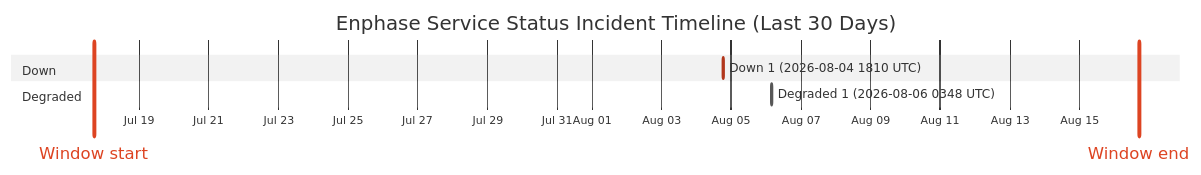
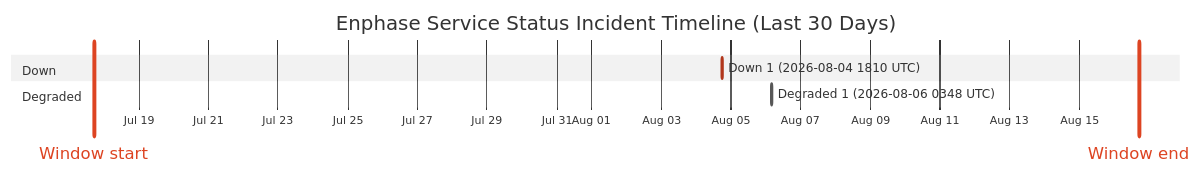
One commit to barneyonline/ha-enphase-energy changed the diagram in wiki/Service-Status-History.md. Above: the diagram before and after it, drawn with Mermaid (neutral theme). The commit also changed other lines of this file and 3 other files, not shown here.

````diff
--- a/wiki/Service-Status-History.md
+++ b/wiki/Service-Status-History.md
@@ -14,12 +14,12 @@
 ```mermaid
 gantt
     title Enphase Service Status Incident Timeline (Last 30 Days)
     dateFormat  YYYY-MM-DDTHH:mm:ss
     axisFormat  %b %d
-    Window start :vert, window-start, 2026-07-17T16:49:49, 0ms
-    Window end :vert, window-end, 2026-08-16T16:49:49, 0ms
+    Window start :vert, window-start, 2026-07-17T17:17:08, 0ms
+    Window end :vert, window-end, 2026-08-16T17:17:08, 0ms
     section Down
     Down 1 (2026-08-04 1810 UTC) :crit, down-1, 2026-08-04T18:10:46, 60m
     section Degraded
     Degraded 1 (2026-08-06 0348 UTC) :active, degraded-1, 2026-08-06T03:48:14, 60m
 ```
````
